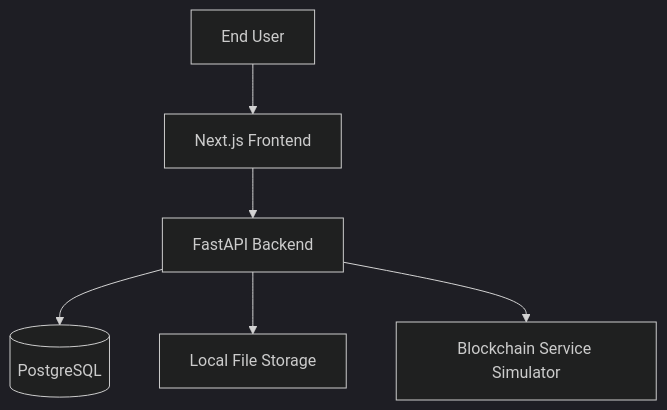
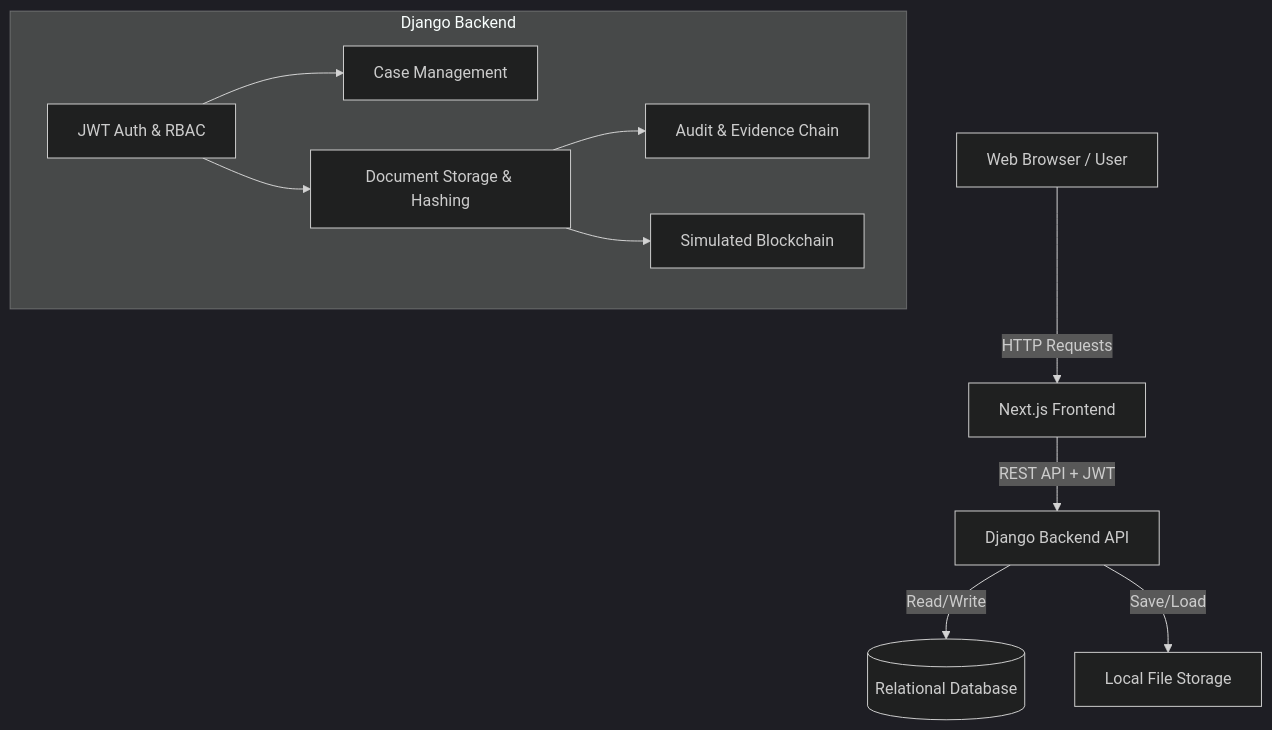
One commit to prabhatkaushal/Govt_Data changed the diagram in ARCHITECTURE.md. Above: the diagram before and after it, drawn with Mermaid (dark theme). The commit also changed other lines of this file and 6 other files, not shown here.

Commit message:
docs: Comprehensive overhaul of project documentation and architecture context

````diff
--- a/ARCHITECTURE.md
+++ b/ARCHITECTURE.md
@@ -10,8 +42,20 @@
 ```mermaid
-graph TB
-    User[End User] --> NextJS[Next.js Frontend]
-    NextJS --> FastAPI[FastAPI Backend]
-    FastAPI --> Postgres[(PostgreSQL)]
-    FastAPI --> Storage[Local File Storage]
-    FastAPI --> Blockchain[Blockchain Service Simulator]
+graph TD
+    Client[Web Browser / User] -->|HTTP Requests| NextJS[Next.js Frontend]
+    NextJS -->|REST API + JWT| Django[Django Backend API]
+    Django -->|Read/Write| DB[(Relational Database)]
+    Django -->|Save/Load| FS[Local File Storage]
+    
+    subgraph Django Backend
+        Auth[JWT Auth & RBAC]
+        Cases[Case Management]
+        Docs[Document Storage & Hashing]
+        Audit[Audit & Evidence Chain]
+        Block[Simulated Blockchain]
+        
+        Auth --> Cases
+        Auth --> Docs
+        Docs --> Audit
+        Docs --> Block
+    end
 ```
````
